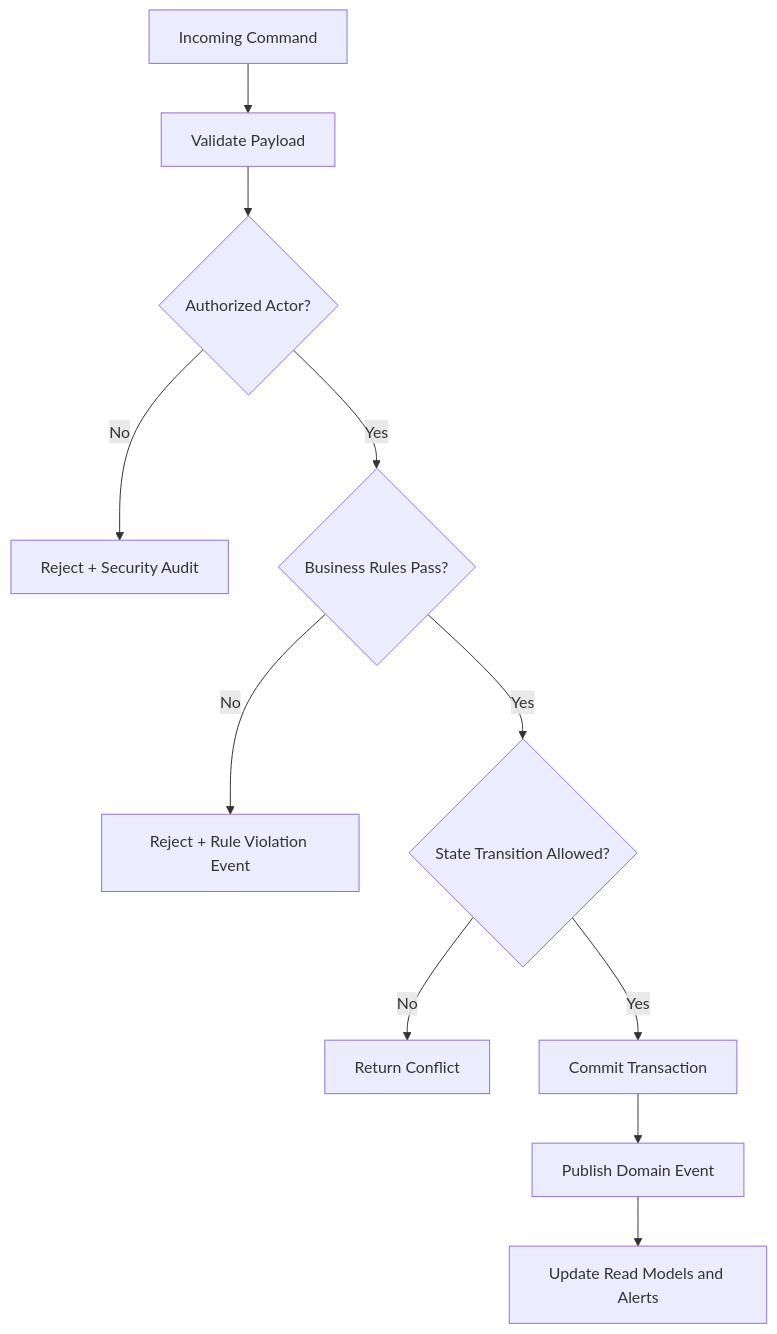
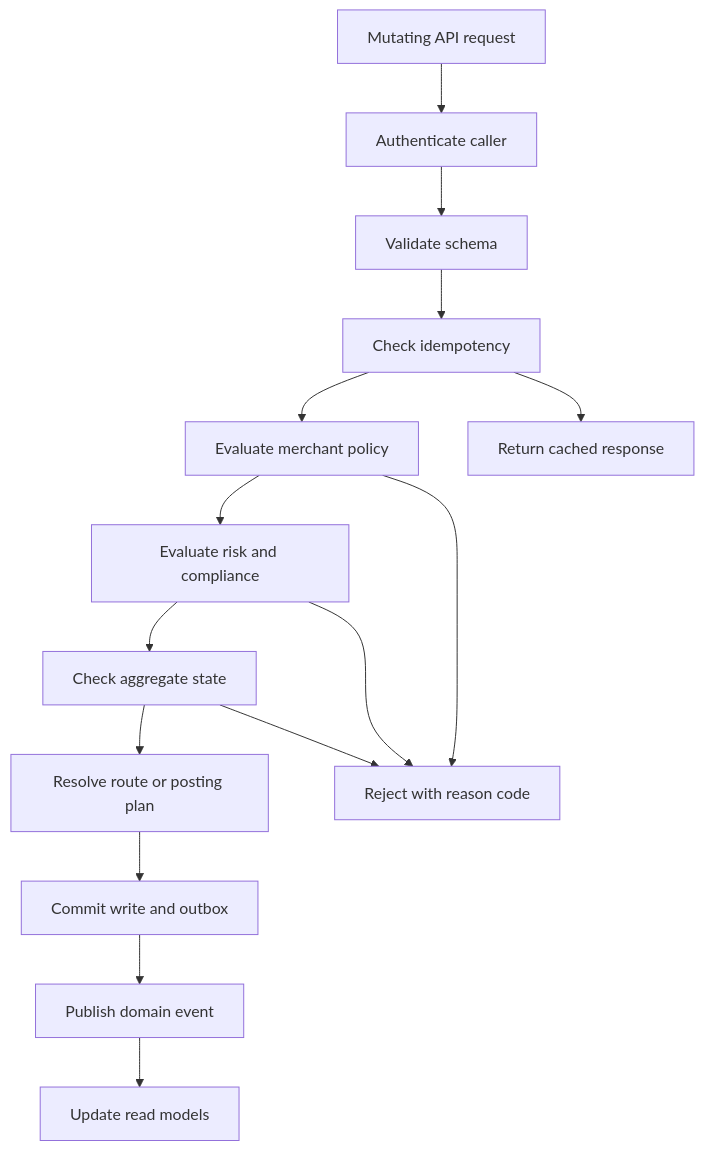
The diagram in Payment Orchestration and Wallet Platform/analysis/business-rules.md (0Ankit0/Project-Ideas), drawn with Mermaid before and after one commit. The commit also changed other lines of this file and 15 other files, not shown here.

````diff
--- a/Payment Orchestration and Wallet Platform/analysis/business-rules.md
+++ b/Payment Orchestration and Wallet Platform/analysis/business-rules.md
@@ -18,13 +137,17 @@
 ```mermaid
 flowchart TD
-    A[Incoming Command] --> B[Validate Payload]
-    B --> C{Authorized Actor?}
-    C -- No --> C1[Reject + Security Audit]
-    C -- Yes --> D{Business Rules Pass?}
-    D -- No --> D1[Reject + Rule Violation Event]
-    D -- Yes --> E{State Transition Allowed?}
-    E -- No --> E1[Return Conflict]
-    E -- Yes --> F[Commit Transaction]
-    F --> G[Publish Domain Event]
-    G --> H[Update Read Models and Alerts]
+    Request[Mutating API request] --> Auth[Authenticate caller]
+    Auth --> Schema[Validate schema]
+    Schema --> Idem[Check idempotency]
+    Idem --> Policy[Evaluate merchant policy]
+    Policy --> Risk[Evaluate risk and compliance]
+    Risk --> State[Check aggregate state]
+    State --> Route[Resolve route or posting plan]
+    Route --> Commit[Commit write and outbox]
+    Commit --> Publish[Publish domain event]
+    Publish --> Project[Update read models]
+    Risk --> Reject[Reject with reason code]
+    State --> Reject
+    Policy --> Reject
+    Idem --> Replay[Return cached response]
 ```
````
